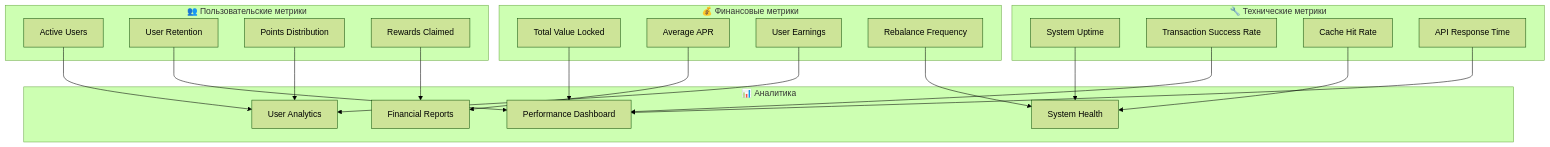
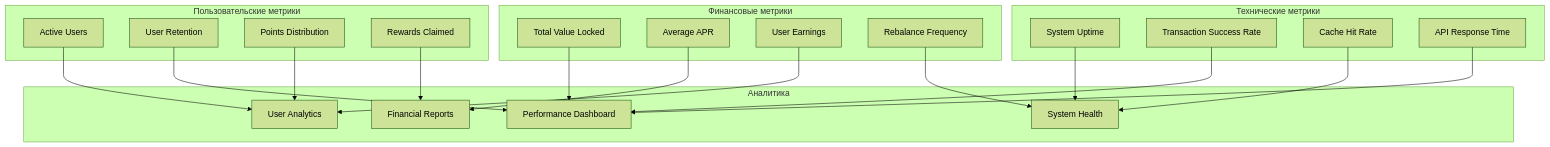
Diagram 11 of 11 in docs/BUSINESS_LOGIC_GRAPH.md (Thesauros/lending-contracts), drawn with Mermaid (forest theme) before and after one commit. The commit also changed other lines of this file and 1 other file, not shown here.

````diff
--- a/docs/BUSINESS_LOGIC_GRAPH.md
+++ b/docs/BUSINESS_LOGIC_GRAPH.md
@@ -410,45 +410,45 @@
 ```mermaid
 graph TB
-    subgraph "💰 Финансовые метрики"
+    subgraph " Финансовые метрики"
         TVL[Total Value Locked]
         APR[Average APR]
         EARNINGS[User Earnings]
         REBALANCE_FREQ[Rebalance Frequency]
     end
     
-    subgraph "👥 Пользовательские метрики"
+    subgraph " Пользовательские метрики"
         ACTIVE_USERS[Active Users]
         USER_RETENTION[User Retention]
         POINTS_DISTRIBUTION[Points Distribution]
         REWARDS_CLAIMED[Rewards Claimed]
     end
     
-    subgraph "🔧 Технические метрики"
+    subgraph "Технические метрики"
         UPTIME[System Uptime]
         TRANSACTION_SUCCESS[Transaction Success Rate]
         CACHE_HIT_RATE[Cache Hit Rate]
         RESPONSE_TIME[API Response Time]
     end
     
-    subgraph "📊 Аналитика"
+    subgraph "Аналитика"
         PERFORMANCE_DASHBOARD[Performance Dashboard]
         USER_ANALYTICS[User Analytics]
         FINANCIAL_REPORTS[Financial Reports]
         SYSTEM_HEALTH[System Health]
     end
     
     TVL --> PERFORMANCE_DASHBOARD
     APR --> FINANCIAL_REPORTS
     EARNINGS --> USER_ANALYTICS
     REBALANCE_FREQ --> SYSTEM_HEALTH
     
     ACTIVE_USERS --> USER_ANALYTICS
     USER_RETENTION --> PERFORMANCE_DASHBOARD
     POINTS_DISTRIBUTION --> USER_ANALYTICS
     REWARDS_CLAIMED --> FINANCIAL_REPORTS
     
     UPTIME --> SYSTEM_HEALTH
     TRANSACTION_SUCCESS --> PERFORMANCE_DASHBOARD
     CACHE_HIT_RATE --> SYSTEM_HEALTH
     RESPONSE_TIME --> PERFORMANCE_DASHBOARD
 ```
````
